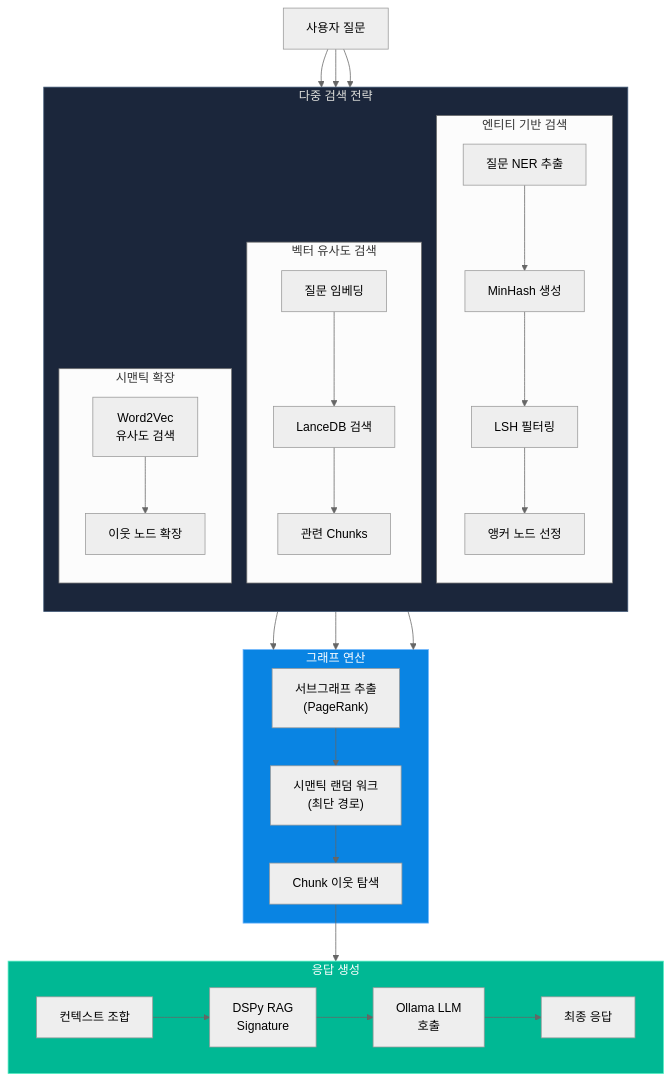
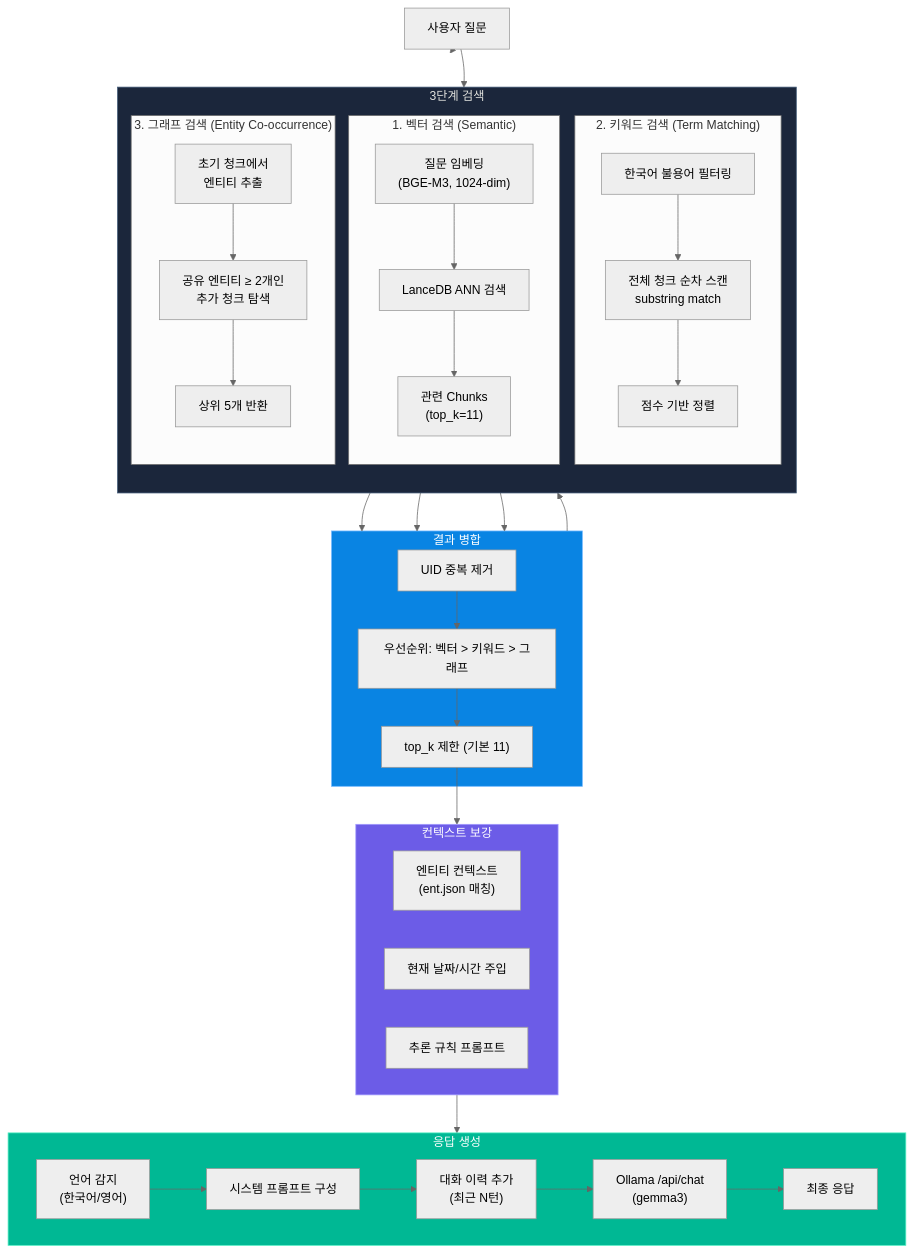
The eighth of 10 diagrams in docs/02_block_and_sequence_diagrams.md (laurus-kpa007/GraphRAG-Senzing), drawn with Mermaid (neutral theme) before and after one commit. The commit also changed other lines of this file and 4 other files, not shown here.

````diff
--- a/docs/02_block_and_sequence_diagrams.md
+++ b/docs/02_block_and_sequence_diagrams.md
@@ -455,58 +359,67 @@
 ```mermaid
 graph TB
     QUESTION["사용자 질문"]
 
-    subgraph RETRIEVAL["다중 검색 전략"]
+    subgraph RETRIEVAL["3단계 검색"]
         direction TB
 
-        subgraph VEC_SEARCH["벡터 유사도 검색"]
-            VS_Q["질문 임베딩"]
-            VS_S["LanceDB 검색"]
-            VS_R["관련 Chunks"]
+        subgraph VEC_SEARCH["1. 벡터 검색 (Semantic)"]
+            VS_Q["질문 임베딩\n(BGE-M3, 1024-dim)"]
+            VS_S["LanceDB ANN 검색"]
+            VS_R["관련 Chunks\n(top_k=11)"]
             VS_Q --> VS_S --> VS_R
         end
 
-        subgraph ENTITY_SEARCH["엔티티 기반 검색"]
-            NER_Q["질문 NER 추출"]
-            MINHASH["MinHash 생성"]
-            LSH_F["LSH 필터링"]
-            ANCHOR["앵커 노드 선정"]
-            NER_Q --> MINHASH --> LSH_F --> ANCHOR
+        subgraph KW_SEARCH["2. 키워드 검색 (Term Matching)"]
+            KW_STOP["한국어 불용어 필터링"]
+            KW_SCAN["전체 청크 순차 스캔\nsubstring match"]
+            KW_RANK["점수 기반 정렬"]
+            KW_STOP --> KW_SCAN --> KW_RANK
         end
 
-        subgraph SEMANTIC_EXP["시맨틱 확장"]
-            W2V_Q["Word2Vec\n유사도 검색"]
-            EXPAND["이웃 노드 확장"]
-            W2V_Q --> EXPAND
+        subgraph GRAPH_SEARCH["3. 그래프 검색 (Entity Co-occurrence)"]
+            GS_ENT["초기 청크에서\n엔티티 추출"]
+            GS_FIND["공유 엔티티 ≥ 2개인\n추가 청크 탐색"]
+            GS_TOP["상위 5개 반환"]
+            GS_ENT --> GS_FIND --> GS_TOP
         end
     end
 
-    subgraph GRAPH_OPS["그래프 연산"]
-        SUBGRAPH["서브그래프 추출\n(PageRank)"]
-        RANDOM_WALK["시맨틱 랜덤 워크\n(최단 경로)"]
-        CHUNK_NEIGHBOR["Chunk 이웃 탐색"]
-        SUBGRAPH --> RANDOM_WALK --> CHUNK_NEIGHBOR
+    subgraph MERGE["결과 병합"]
+        DEDUP["UID 중복 제거"]
+        PRIORITY["우선순위: 벡터 > 키워드 > 그래프"]
+        LIMIT["top_k 제한 (기본 11)"]
+        DEDUP --> PRIORITY --> LIMIT
+    end
+
+    subgraph AUGMENT["컨텍스트 보강"]
+        ENT_CTX["엔티티 컨텍스트\n(ent.json 매칭)"]
+        TIME_CTX["현재 날짜/시간 주입"]
+        REASON["추론 규칙 프롬프트"]
     end
 
     subgraph GENERATION["응답 생성"]
-        CONTEXT["컨텍스트 조합"]
-        DSPY_FWD["DSPy RAG\nSignature"]
-        LLM_CALL["Ollama LLM\n호출"]
+        LANG["언어 감지\n(한국어/영어)"]
+        SYS_PROMPT["시스템 프롬프트 구성"]
+        HISTORY["대화 이력 추가\n(최근 N턴)"]
+        OLLAMA_CALL["Ollama /api/chat\n(gemma3)"]
         RESPONSE["최종 응답"]
-        CONTEXT --> DSPY_FWD --> LLM_CALL --> RESPONSE
+        LANG --> SYS_PROMPT --> HISTORY --> OLLAMA_CALL --> RESPONSE
     end
 
     QUESTION --> VEC_SEARCH
-    QUESTION --> ENTITY_SEARCH
-    QUESTION --> SEMANTIC_EXP
+    QUESTION --> KW_SEARCH
 
-    VS_R --> GRAPH_OPS
-    ANCHOR --> GRAPH_OPS
-    EXPAND --> GRAPH_OPS
+    VS_R --> MERGE
+    KW_RANK --> MERGE
+    MERGE --> GRAPH_SEARCH
+    GS_TOP --> MERGE
 
-    CHUNK_NEIGHBOR --> GENERATION
+    LIMIT --> AUGMENT
+    AUGMENT --> GENERATION
 
     style RETRIEVAL fill:#1b263b,stroke:#415a77,color:#e0e1dd
-    style GRAPH_OPS fill:#0984e3,stroke:#74b9ff,color:#fff
+    style MERGE fill:#0984e3,stroke:#74b9ff,color:#fff
+    style AUGMENT fill:#6c5ce7,stroke:#a29bfe,color:#fff
     style GENERATION fill:#00b894,stroke:#55efc4,color:#fff
 ```
````
